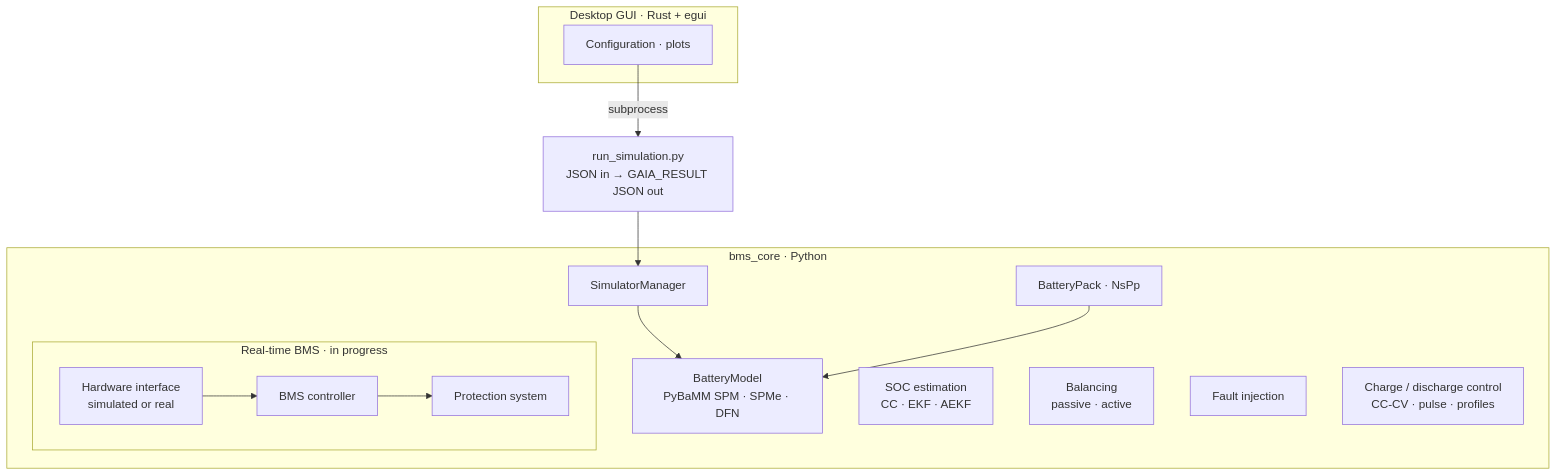
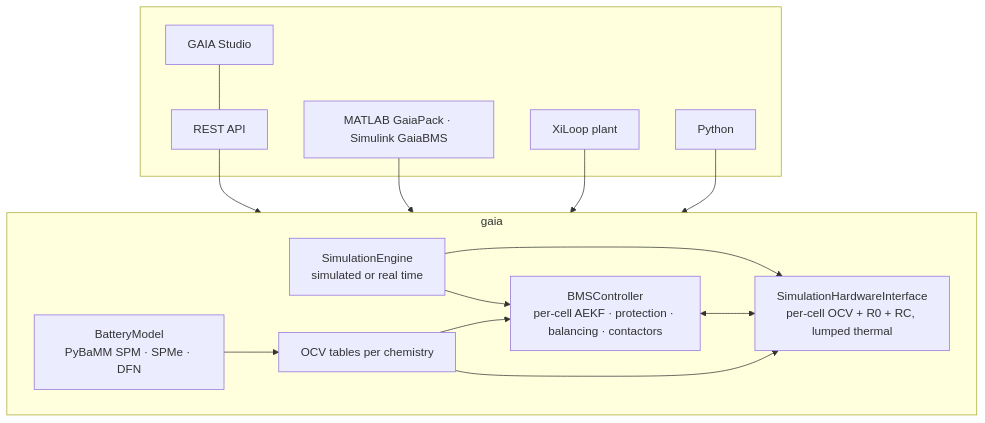
The diagram in README.md (Alifizz01/GAIA), drawn with Mermaid before and after one commit. The commit also changed other lines of this file and 41 other files, not shown here.

First line of the commit message:
GAIA Studio, SOC benchmark, MATLAB/Simulink bridge, XiLoop plant, tests and CI

````diff
--- a/README.md
+++ b/README.md
@@ -71,19 +196,17 @@
 ```mermaid
 flowchart TB
-    subgraph GUI["Desktop GUI · Rust + egui"]
-        G[Configuration · plots]
+    subgraph CLIENTS[" "]
+        S[GAIA Studio] --- API[REST API]
+        M[MATLAB GaiaPack · Simulink GaiaBMS]
+        X[XiLoop plant]
+        P[Python]
     end
-    R["run_simulation.py<br/>JSON in → GAIA_RESULT JSON out"]
-    subgraph CORE["bms_core · Python"]
-        SM[SimulatorManager] --> BM["BatteryModel<br/>PyBaMM SPM · SPMe · DFN"]
-        PK[BatteryPack · NsPp] --> BM
-        SOC["SOC estimation<br/>CC · EKF · AEKF"]
-        BAL["Balancing<br/>passive · active"]
-        FI[Fault injection]
-        CH["Charge / discharge control<br/>CC-CV · pulse · profiles"]
-        subgraph RT["Real-time BMS · in progress"]
-            HW[Hardware interface<br/>simulated or real] --> BMS[BMS controller] --> PR[Protection system]
-        end
+    API & M & X & P --> ENG
+    subgraph ENG["gaia"]
+        E[SimulationEngine<br/>simulated or real time] --> C["BMSController<br/>per-cell AEKF · protection · balancing · contactors"]
+        E --> H["SimulationHardwareInterface<br/>per-cell OCV + R0 + RC, lumped thermal"]
+        C <--> H
+        O["OCV tables per chemistry"] --> H & C
+        B["BatteryModel<br/>PyBaMM SPM · SPMe · DFN"] --> O
     end
-    G -- subprocess --> R --> SM
 ```
````
